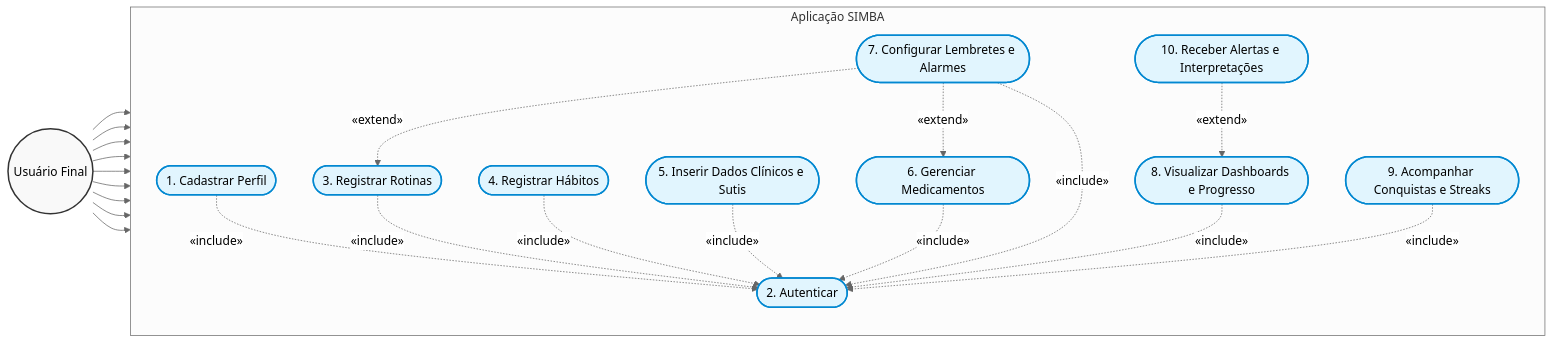
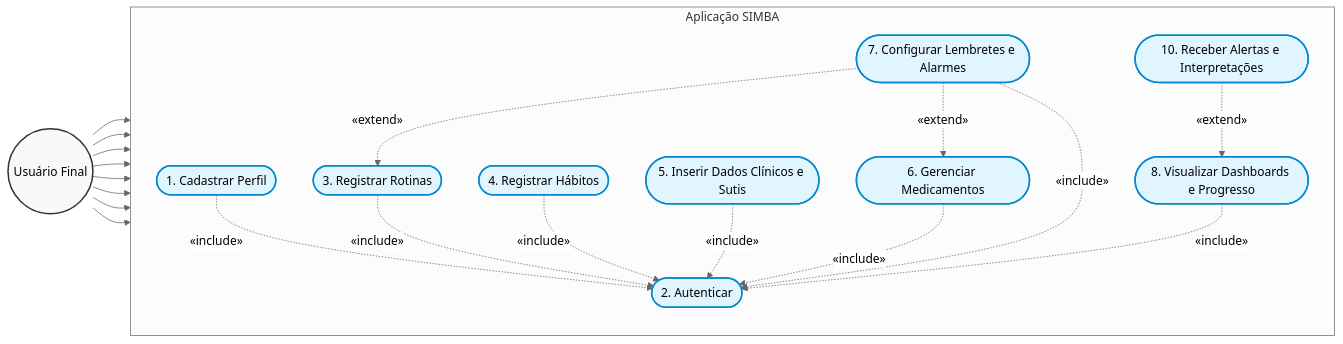
The first of 2 diagrams in README.md (JoaoManoelSilvaMorais/Sistema-Integrado-de-Monitoramento-do-Bem-estar-SIMBA-), drawn with Mermaid (neutral theme) before and after one commit. The commit also changed other lines of this file and 22 other files, not shown here.

````diff
--- a/README.md
+++ b/README.md
@@ -37,51 +37,48 @@
 ```mermaid
 flowchart LR
     %% Definição de Estilos
     classDef actorStyle fill:#f9f9f9,stroke:#333,stroke-width:2px,color:#000;
     classDef usecaseStyle fill:#e1f5fe,stroke:#0288d1,stroke-width:2px,color:#000;
 
     %% Atores
     User((Usuário Final)):::actorStyle
 
     %% Sistema SIMBA
     subgraph SIMBA [Aplicação SIMBA]
         direction TB
         
         UC1([1. Cadastrar Perfil]):::usecaseStyle
         UC2([2. Autenticar]):::usecaseStyle
         UC3([3. Registrar Rotinas]):::usecaseStyle
         UC4([4. Registrar Hábitos]):::usecaseStyle
         UC5([5. Inserir Dados Clínicos e Sutis]):::usecaseStyle
         UC6([6. Gerenciar Medicamentos]):::usecaseStyle
         UC7([7. Configurar Lembretes e Alarmes]):::usecaseStyle
         UC8([8. Visualizar Dashboards e Progresso]):::usecaseStyle
-        UC9([9. Acompanhar Conquistas e Streaks]):::usecaseStyle
         UC10([10. Receber Alertas e Interpretações]):::usecaseStyle
     end
 
     %% Relacionamentos Principais do Usuário Final
     User --> UC1
     User --> UC2
     User --> UC3
     User --> UC4
     User --> UC5
     User --> UC6
     User --> UC7
     User --> UC8
-    User --> UC9
 
     %% Relacionamentos <<include>> (Existem Fluxos para Autenticar)
     UC1 -.->|«include»| UC2
     UC3 -.->|«include»| UC2
     UC4 -.->|«include»| UC2
     UC5 -.->|«include»| UC2
     UC6 -.->|«include»| UC2
     UC7 -.->|«include»| UC2
     UC8 -.->|«include»| UC2
-    UC9 -.->|«include»| UC2
 
     %% Relacionamentos <<extend>> (Ações Opcionais)
     UC7 -.->|«extend»| UC6
     UC7 -.->|«extend»| UC3
     UC10 -.->|«extend»| UC8
 ```
````
